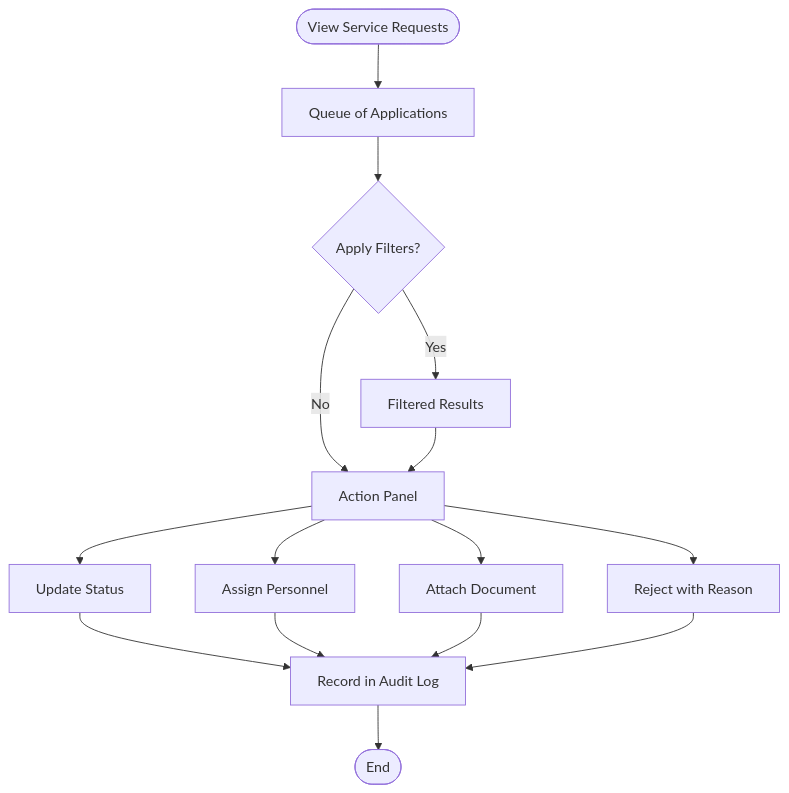
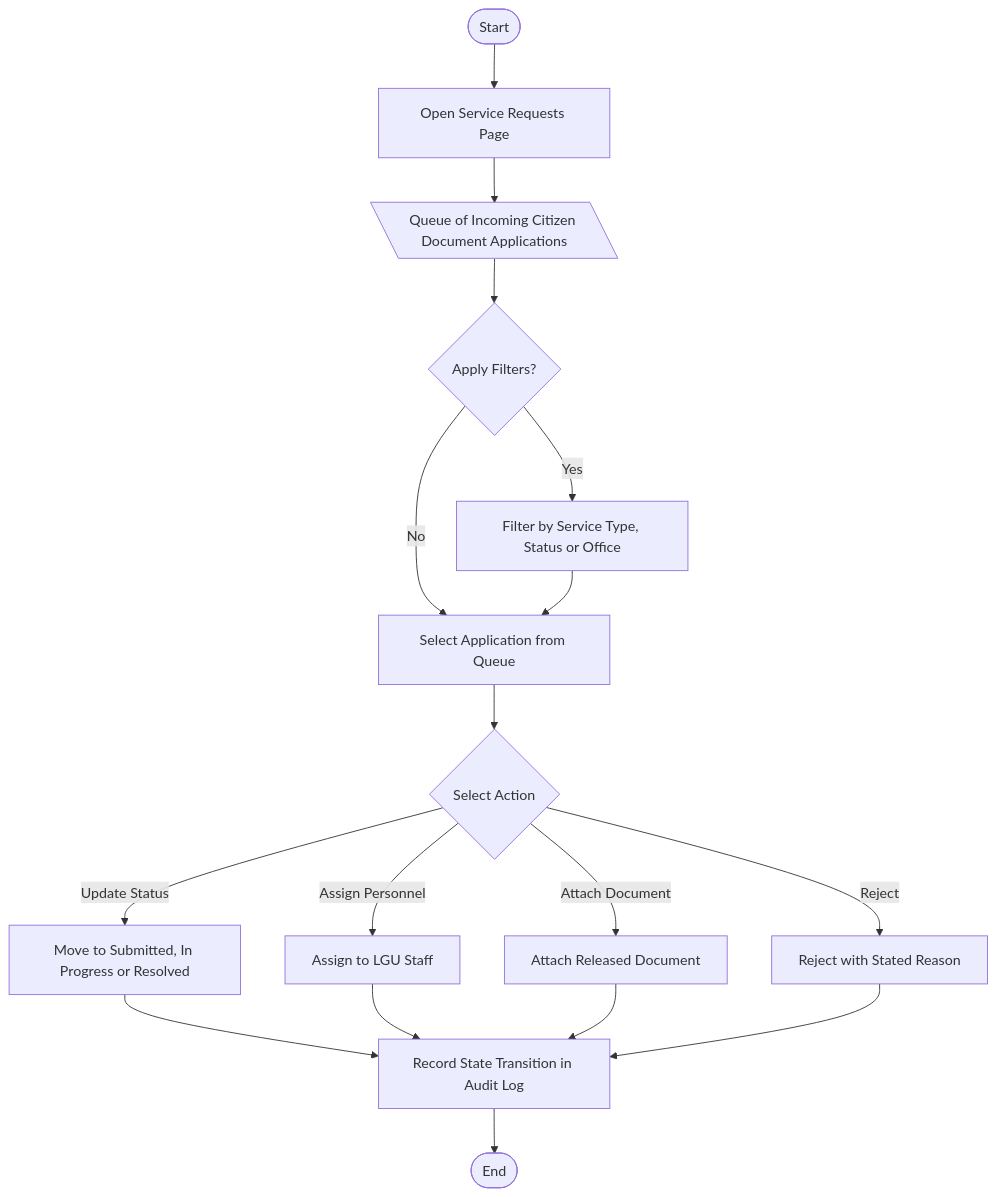
Before and after one commit to MellowLaw/AGAPP: the sixth of 25 diagrams in Manuscript/diagrams.md, drawn with Mermaid. The commit also changed other lines of this file and 1 other file, not shown here.

Commit message:
feat: update diagrams and figures documentation with detailed flowcharts and wireframes for AGAPP

````diff
--- a/Manuscript/diagrams.md
+++ b/Manuscript/diagrams.md
@@ -129,17 +172,19 @@
 ```mermaid
 flowchart TD
-    Start([View Service Requests]) --> Queue[Queue of Applications]
+    Start([Start]) --> Open[Open Service Requests Page]
+    Open --> Queue[\Queue of Incoming Citizen Document Applications\]
     Queue --> Filter{Apply Filters?}
-    Filter -->|Yes| Filtered[Filtered Results]
-    Filter -->|No| Action[Action Panel]
+    Filter -->|Yes| Filtered[Filter by Service Type, Status or Office]
+    Filter -->|No| Action[Select Application from Queue]
     Filtered --> Action
-    Action --> Update[Update Status]
-    Action --> Assign[Assign Personnel]
-    Action --> Attach[Attach Document]
-    Action --> Reject[Reject with Reason]
-    Update --> Log[Record in Audit Log]
+    Action --> Decision{Select Action}
+    Decision -->|Update Status| Update[Move to Submitted, In Progress or Resolved]
+    Decision -->|Assign Personnel| Assign[Assign to LGU Staff]
+    Decision -->|Attach Document| Attach[Attach Released Document]
+    Decision -->|Reject| Reject[Reject with Stated Reason]
+    Update --> Log[Record State Transition in Audit Log]
     Assign --> Log
     Attach --> Log
     Reject --> Log
     Log --> End([End])
 ```
````
